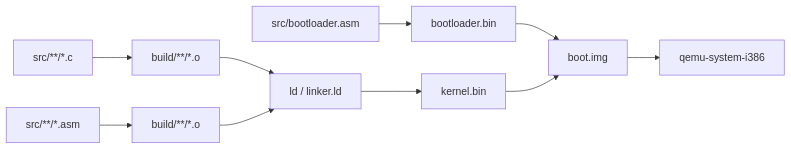
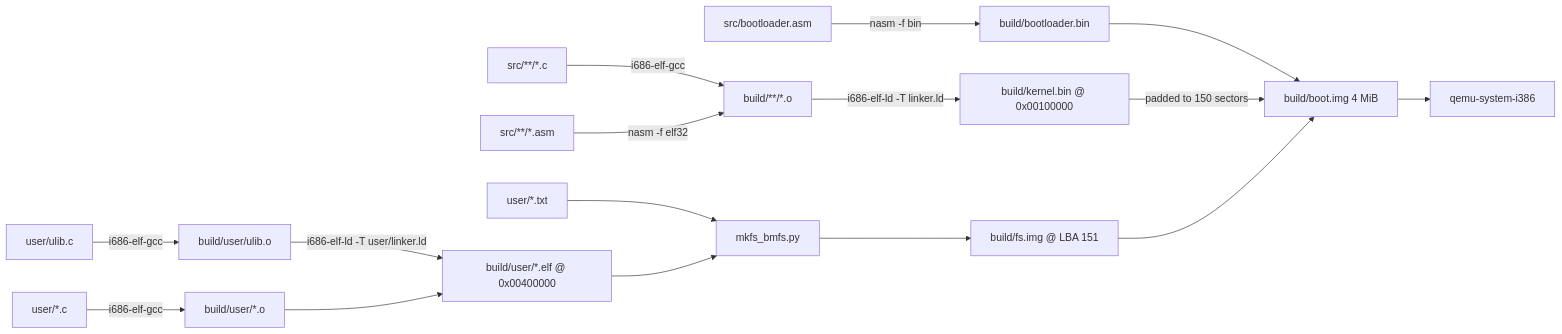
One commit to abhinavprakash-x/osdev changed the diagram in docs/toolchain_setup.md. Above: the diagram before and after it, drawn with Mermaid. The commit also changed other lines of this file and 18 other files, not shown here.

````diff
--- a/docs/toolchain_setup.md
+++ b/docs/toolchain_setup.md
@@ -121,12 +71,21 @@
 ```mermaid
 flowchart LR
-    C[src/**/*.c] --> CO[build/**/*.o]
-    A[src/**/*.asm] --> AO[build/**/*.o]
-    B[src/bootloader.asm] --> BB[bootloader.bin]
-    CO --> L[ld / linker.ld]
-    AO --> L
-    L --> K[kernel.bin]
-    BB --> I[boot.img]
-    K --> I
-    I --> Q[qemu-system-i386]
+    B[src/bootloader.asm] -->|nasm -f bin| BB[build/bootloader.bin]
+
+    KC[src/**/*.c] -->|i686-elf-gcc| KO[build/**/*.o]
+    KA[src/**/*.asm] -->|nasm -f elf32| KO
+    KO -->|i686-elf-ld -T linker.ld| KB[build/kernel.bin @ 0x00100000]
+
+    UL[user/ulib.c] -->|i686-elf-gcc| ULO[build/user/ulib.o]
+    UA[user/*.c] -->|i686-elf-gcc| UAO[build/user/*.o]
+    ULO -->|i686-elf-ld -T user/linker.ld| ELF[build/user/*.elf @ 0x00400000]
+    UAO --> ELF
+    TXT[user/*.txt] --> MKFS[mkfs_bmfs.py]
+    ELF --> MKFS
+    MKFS --> FS[build/fs.img @ LBA 151]
+
+    BB --> IMG[build/boot.img 4 MiB]
+    KB -->|padded to 150 sectors| IMG
+    FS --> IMG
+    IMG --> QEMU[qemu-system-i386]
 ```
````
